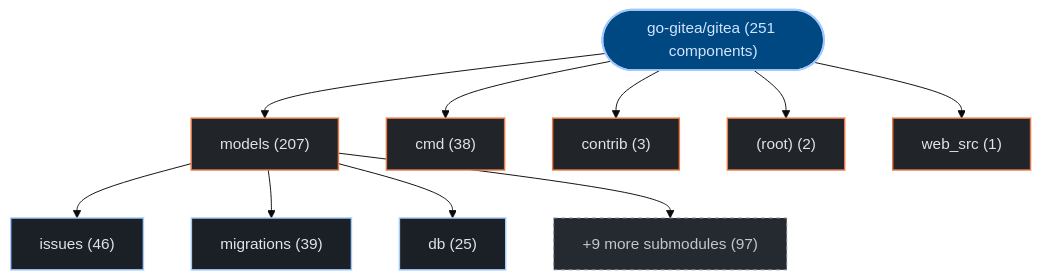
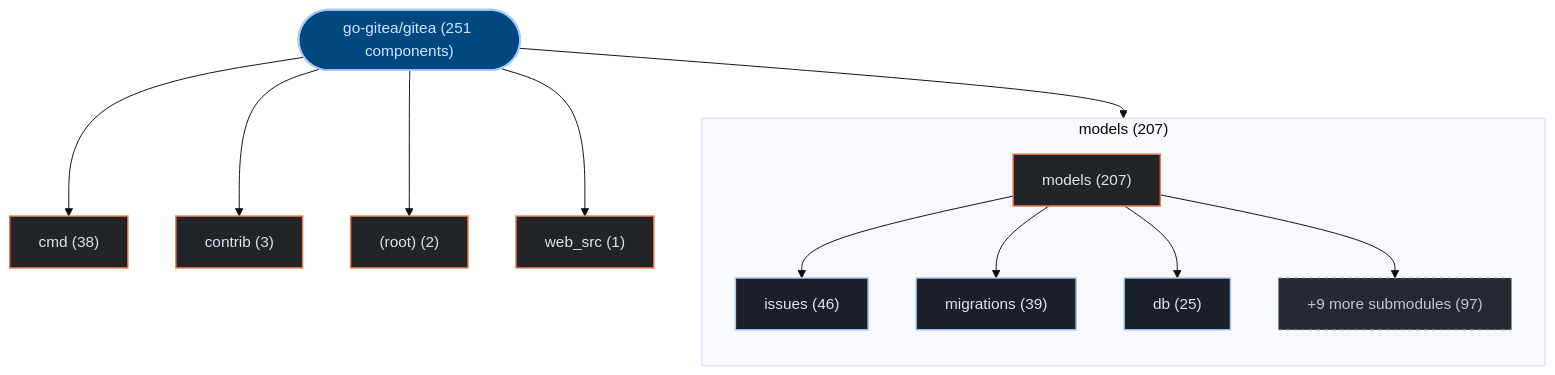
One commit to kumarshaz/atruss-code-atlas changed the first of 3 diagrams in exports/latest/reports/go-gitea-gitea-report.md. Above: the diagram before and after it, drawn with Mermaid (base theme). The commit also changed 178 other files, not shown here.

Commit message:
feat(ui,mermaid): upgrade to mermaid v12 + ELK layout, add orgs-summary + pagination, subgraph building blocks, fix tab alignment

````diff
--- a/exports/latest/reports/go-gitea-gitea-report.md
+++ b/exports/latest/reports/go-gitea-gitea-report.md
@@ -42,29 +42,32 @@
 ```mermaid
 graph TD;
   classDef atlasRoot fill:#004882,stroke:#a3c9ff,stroke-width:2px,color:#d3e4ff
   classDef atlasCategory fill:#212428,stroke:#E87A48,stroke-width:1.5px,color:#dfe3eb
   classDef atlasWorkflow fill:#1b2026,stroke:#a3c9ff,stroke-width:1.5px,color:#dfe3eb
   classDef atlasJob fill:#171c22,stroke:#8d9199,stroke-width:1px,color:#dfe3eb
   classDef atlasTarget fill:#005227,stroke:#8bd99b,stroke-width:1.5px,color:#a7f6b6
   classDef atlasAlert fill:#93000a,stroke:#ffb4ab,stroke-width:1.5px,color:#ffdad6
   classDef atlasMore fill:#252a31,stroke:#8d9199,stroke-dasharray:4 4,color:#c3c6cf
     repo_root(["go-gitea/gitea (251 components)"]):::atlasRoot
-    dir_0_models["models (207)"]:::atlasCategory
+    subgraph sg_dir_0_models["models (207)"]
+      direction TB
+      dir_0_models["models (207)"]:::atlasCategory
+      sub_0_0_issues["issues (46)"]:::atlasWorkflow
+      dir_0_models --> sub_0_0_issues
+      sub_0_1_migrations["migrations (39)"]:::atlasWorkflow
+      dir_0_models --> sub_0_1_migrations
+      sub_0_2_db["db (25)"]:::atlasWorkflow
+      dir_0_models --> sub_0_2_db
+      sub_0_more["+9 more submodules (97)"]:::atlasMore
+      dir_0_models --> sub_0_more
+    end
     repo_root --> dir_0_models
-    sub_0_0_issues["issues (46)"]:::atlasWorkflow
-    dir_0_models --> sub_0_0_issues
-    sub_0_1_migrations["migrations (39)"]:::atlasWorkflow
-    dir_0_models --> sub_0_1_migrations
-    sub_0_2_db["db (25)"]:::atlasWorkflow
-    dir_0_models --> sub_0_2_db
-    sub_0_more["+9 more submodules (97)"]:::atlasMore
-    dir_0_models --> sub_0_more
     dir_1_cmd["cmd (38)"]:::atlasCategory
     repo_root --> dir_1_cmd
     dir_2_contrib["contrib (3)"]:::atlasCategory
     repo_root --> dir_2_contrib
     dir_3__root_["(root) (2)"]:::atlasCategory
     repo_root --> dir_3__root_
     dir_4_web_src["web_src (1)"]:::atlasCategory
     repo_root --> dir_4_web_src
 ```
````
